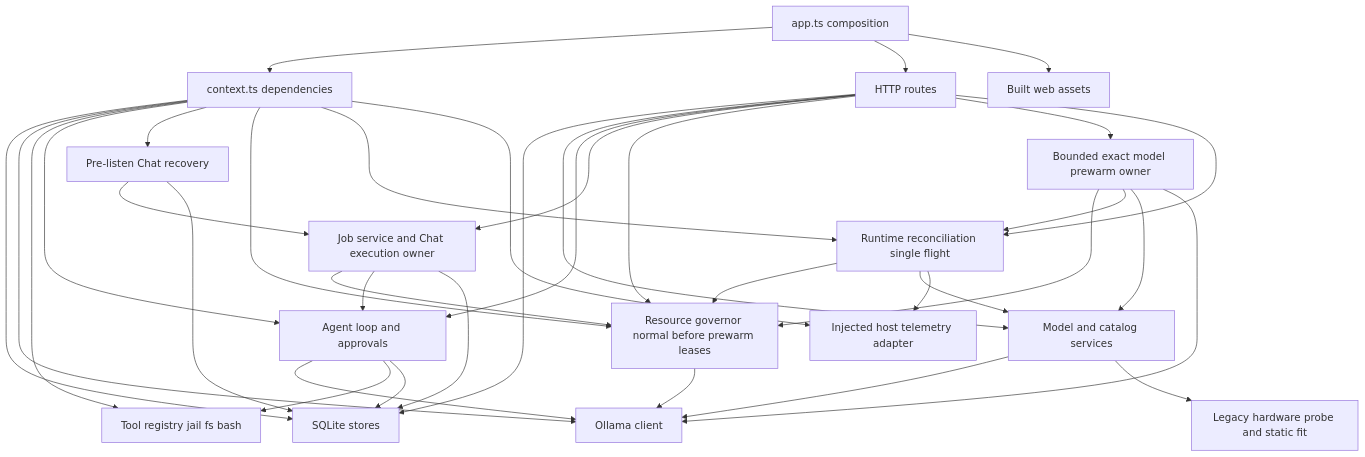
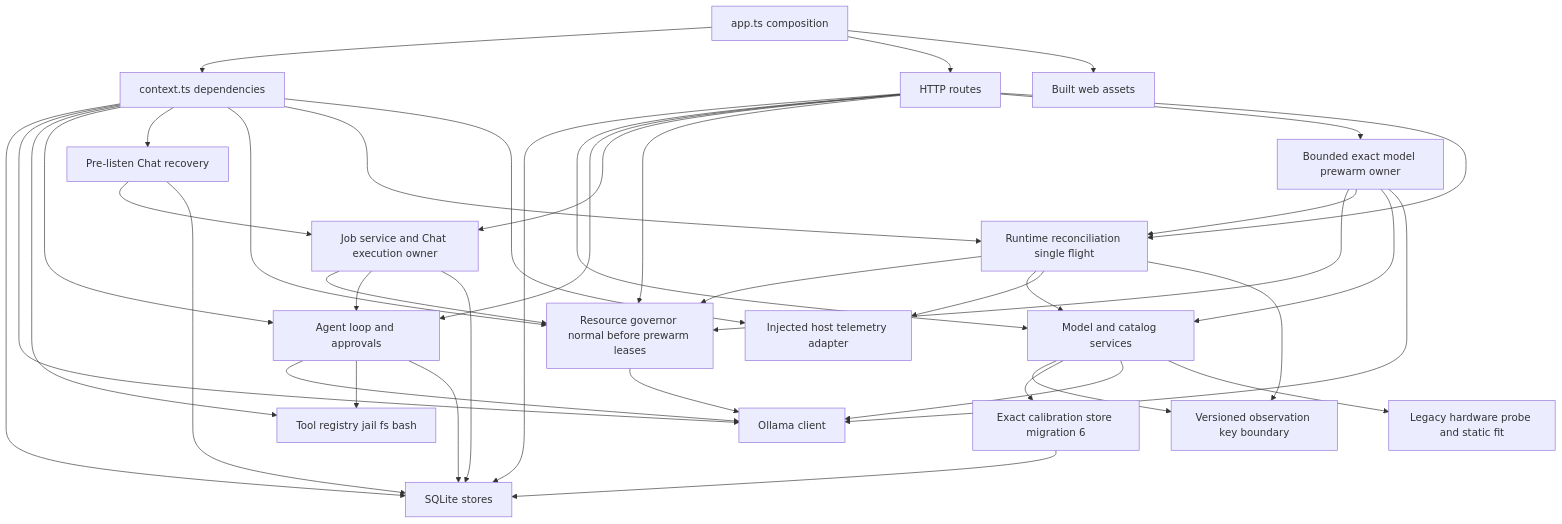
One commit to MattoYuzuru/Guanxi changed the diagram in docs/architecture/diagrams/lld-server.mmd. Above: the diagram before and after it, drawn with Mermaid. The commit also changed 11 other files, not shown here.

```diff
--- a/docs/architecture/diagrams/lld-server.mmd
+++ b/docs/architecture/diagrams/lld-server.mmd
@@ -1,54 +1,60 @@
 flowchart TB
     App[app.ts composition]
     Context[context.ts dependencies]
     Routes[HTTP routes]
     Stores[SQLite stores]
     Models[Model and catalog services]
     Hardware[Legacy hardware probe and static fit]
     Telemetry[Injected host telemetry adapter]
     Agent[Agent loop and approvals]
     Jobs[Job service and Chat execution owner]
     Recovery[Pre-listen Chat recovery]
     Governor[Resource governor normal before prewarm leases]
     Prewarm[Bounded exact model prewarm owner]
     Runtime[Runtime reconciliation single flight]
+    Observation[Versioned observation key boundary]
+    Calibration[Exact calibration store migration 6]
     Tools[Tool registry jail fs bash]
     Ollama[Ollama client]
     Static[Built web assets]
 
     App --> Context
     App --> Routes
     App --> Static
     Routes --> Stores
     Routes --> Models
     Routes --> Agent
     Routes --> Jobs
     Context --> Stores
     Context --> Ollama
     Context --> Tools
     Context --> Agent
     Context --> Recovery
     Context --> Governor
     Context --> Runtime
     Context --> Telemetry
     Recovery --> Jobs
     Recovery --> Stores
     Jobs --> Governor
     Routes --> Governor
     Routes --> Prewarm
     Routes --> Runtime
     Runtime --> Governor
     Runtime --> Models
     Runtime --> Telemetry
+    Runtime --> Observation
+    Models --> Observation
+    Models --> Calibration
+    Calibration --> Stores
     Prewarm --> Governor
     Prewarm --> Runtime
     Prewarm --> Models
     Prewarm --> Ollama
     Governor --> Ollama
     Jobs --> Agent
     Jobs --> Stores
     Models --> Ollama
     Models --> Hardware
     Agent --> Ollama
     Agent --> Tools
     Agent --> Stores
```
